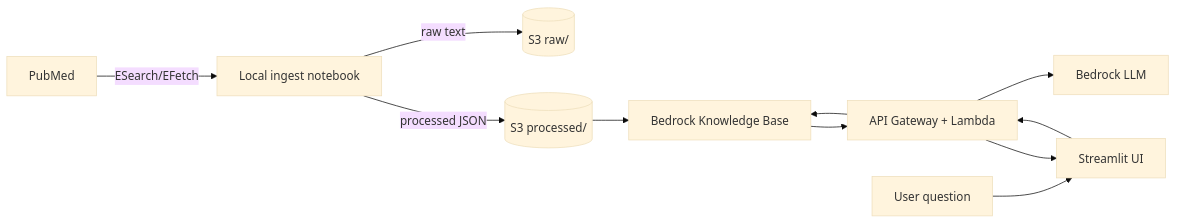
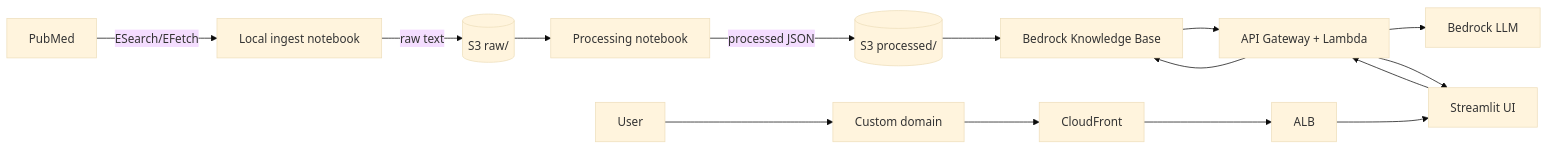
One commit to adzuci/pubmed-rag-system changed the diagram in README.md. Above: the diagram before and after it, drawn with Mermaid (base theme). The commit also changed other lines of this file and 8 other files, not shown here.

````diff
--- a/README.md
+++ b/README.md
@@ -24,13 +24,19 @@
 ```mermaid
 flowchart LR
   A[PubMed] -->|ESearch/EFetch| B[Local ingest notebook]
   B -->|raw text| S3Raw[(S3 raw/)]
-  B -->|processed JSON| S3Processed[(S3 processed/)]
+  S3Raw --> P[Processing notebook]
+  P -->|processed JSON| S3Processed[(S3 processed/)]
   S3Processed --> KB[Bedrock Knowledge Base]
-  Q[User question] --> UI[Streamlit UI]
+
+  U[User] --> D[Custom domain]
+  D --> CF[CloudFront]
+  CF --> ALB[ALB]
+  ALB --> UI[Streamlit UI]
+
   UI --> API[API Gateway + Lambda]
   API --> KB
   API --> LLM[Bedrock LLM]
   KB --> API
   API --> UI
 ```
````
